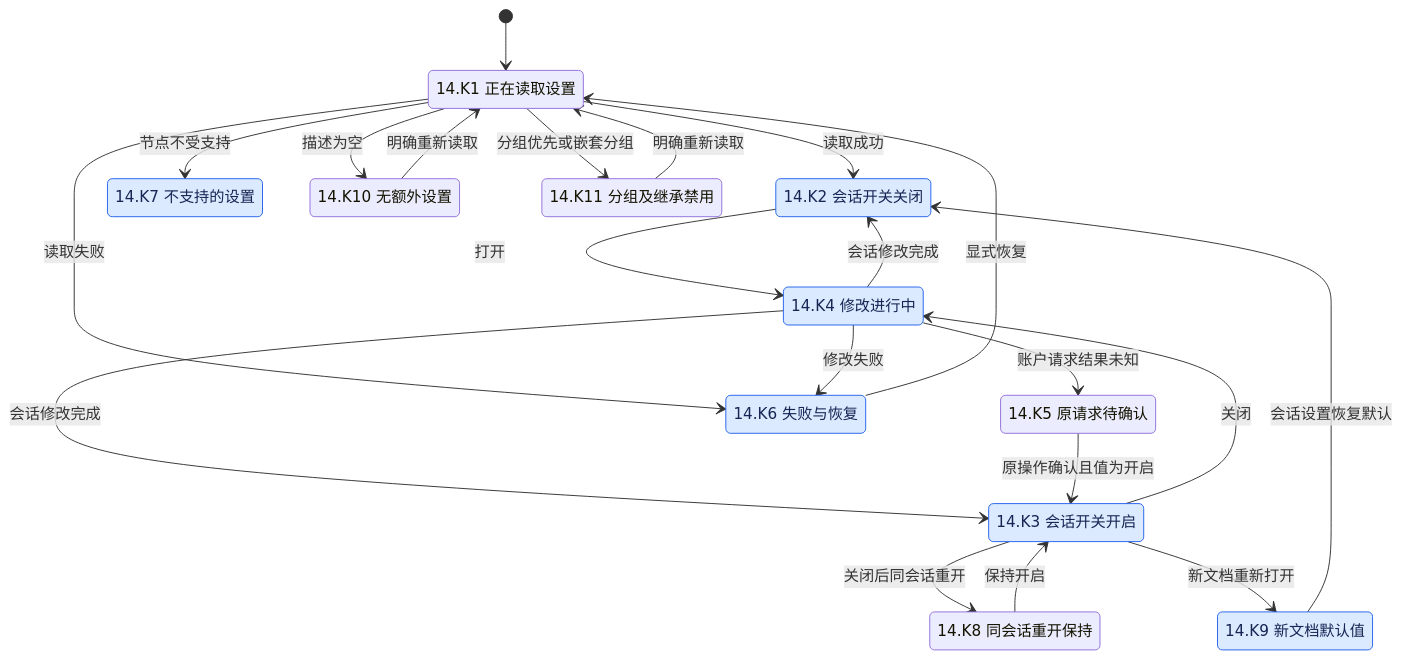
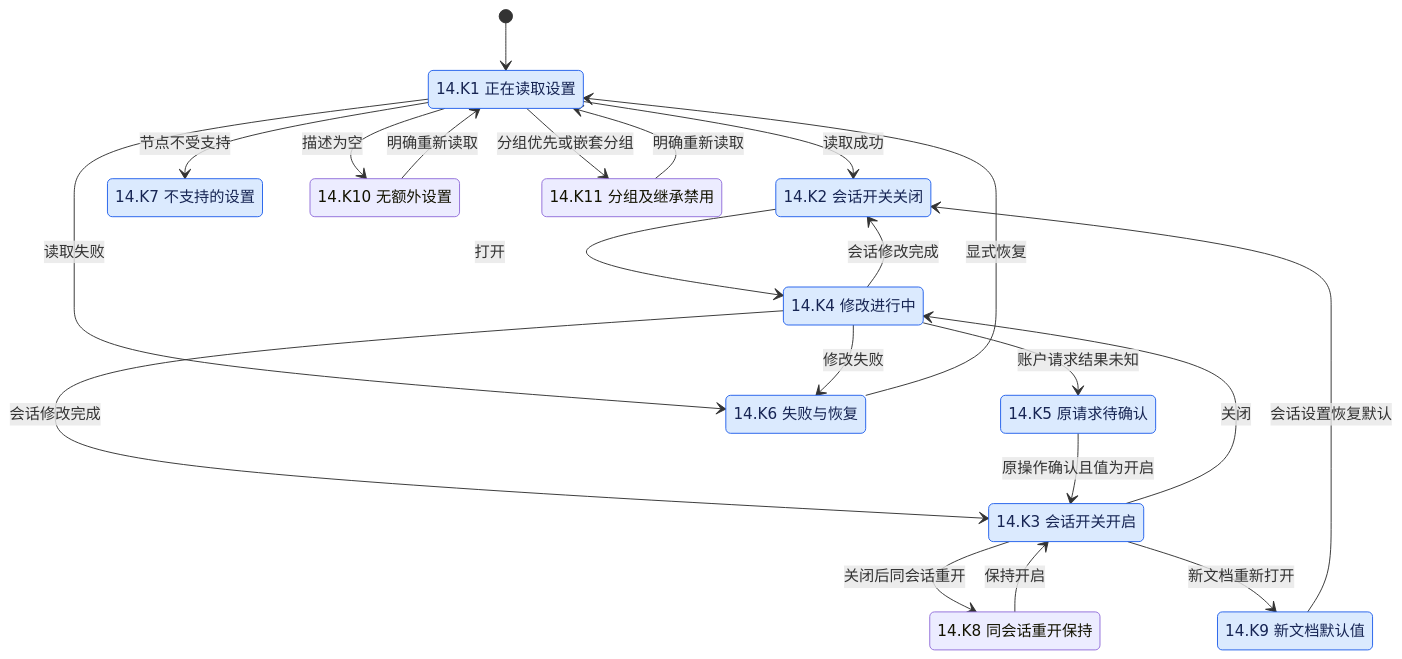
Before and after one commit to Wybxc/karuyomi: diagram 19 of 21 in docs/verification/mihon-state-coverage.md, drawn with Mermaid. The commit also changed other lines of this file and 5 other files, not shown here.

````diff
--- a/docs/verification/mihon-state-coverage.md
+++ b/docs/verification/mihon-state-coverage.md
@@ -1712,36 +1712,36 @@
 ```mermaid
 stateDiagram-v2
     [*] --> LoadingPreferences
     state "14.K1 正在读取设置" as LoadingPreferences
     state "14.K2 会话开关关闭" as ToggleOff
     state "14.K3 会话开关开启" as ToggleOn
     state "14.K4 修改进行中" as ChangingPreference
     state "14.K5 原请求待确认" as PreferencePending
     state "14.K6 失败与恢复" as PreferenceFailed
     state "14.K7 不支持的设置" as UnsupportedPreference
     state "14.K8 同会话重开保持" as SessionReopened
     state "14.K9 新文档默认值" as NewDocument
     state "14.K10 无额外设置" as EmptyPreferences
     state "14.K11 分组及继承禁用" as GroupedPreferences
     LoadingPreferences --> ToggleOff: 读取成功
     LoadingPreferences --> PreferenceFailed: 读取失败
     ToggleOff --> ChangingPreference: 打开
     ToggleOn --> ChangingPreference: 关闭
     ChangingPreference --> ToggleOn: 会话修改完成
     ChangingPreference --> ToggleOff: 会话修改完成
     ChangingPreference --> PreferencePending: 账户请求结果未知
     ChangingPreference --> PreferenceFailed: 修改失败
     PreferencePending --> ToggleOn: 原操作确认且值为开启
     PreferenceFailed --> LoadingPreferences: 显式恢复
     ToggleOn --> SessionReopened: 关闭后同会话重开
     SessionReopened --> ToggleOn: 保持开启
     ToggleOn --> NewDocument: 新文档重新打开
     NewDocument --> ToggleOff: 会话设置恢复默认
     LoadingPreferences --> UnsupportedPreference: 节点不受支持
     LoadingPreferences --> EmptyPreferences: 描述为空
     LoadingPreferences --> GroupedPreferences: 分组优先或嵌套分组
     EmptyPreferences --> LoadingPreferences: 明确重新读取
     GroupedPreferences --> LoadingPreferences: 明确重新读取
     classDef paired fill:#dbeafe,color:#172554,stroke:#2563eb
-    class ToggleOff,ToggleOn,ChangingPreference,PreferenceFailed,UnsupportedPreference,NewDocument paired
+    class LoadingPreferences,ToggleOff,ToggleOn,ChangingPreference,PreferencePending,PreferenceFailed,UnsupportedPreference,NewDocument paired
 ```
````
